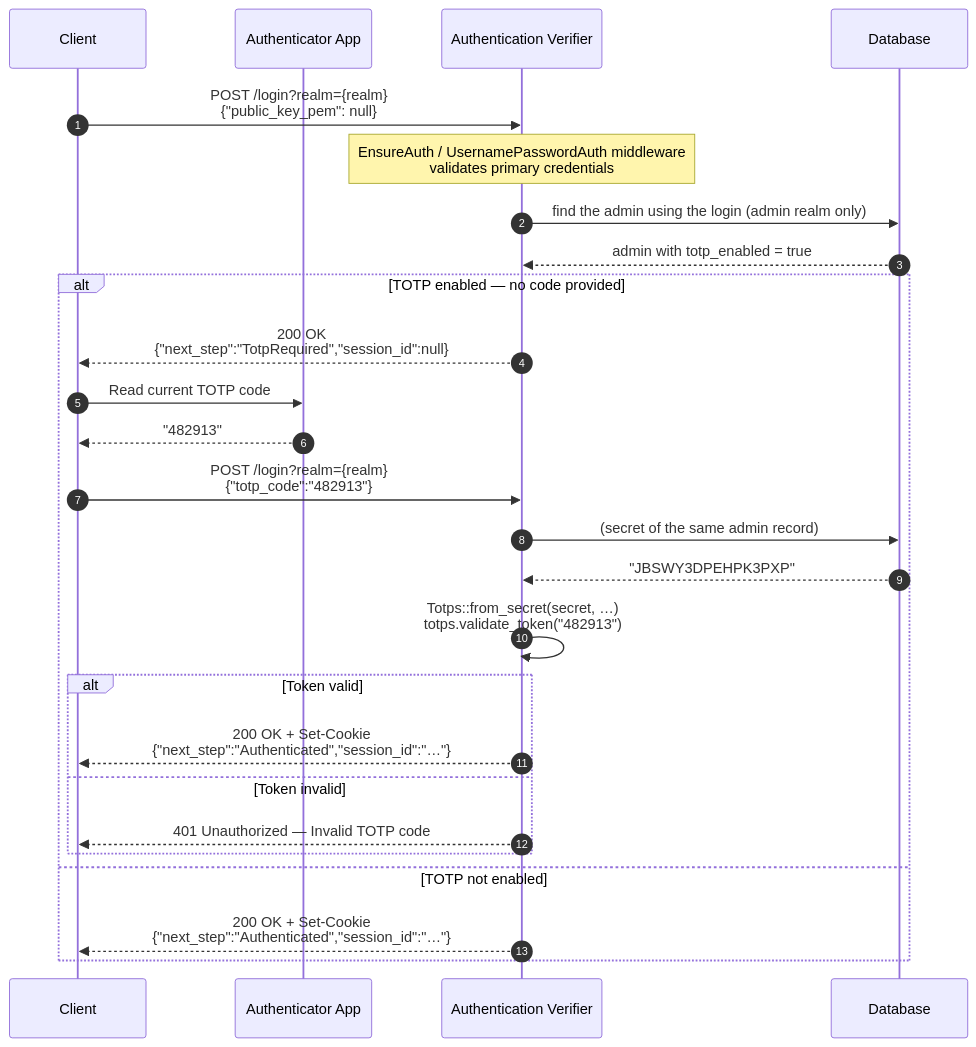
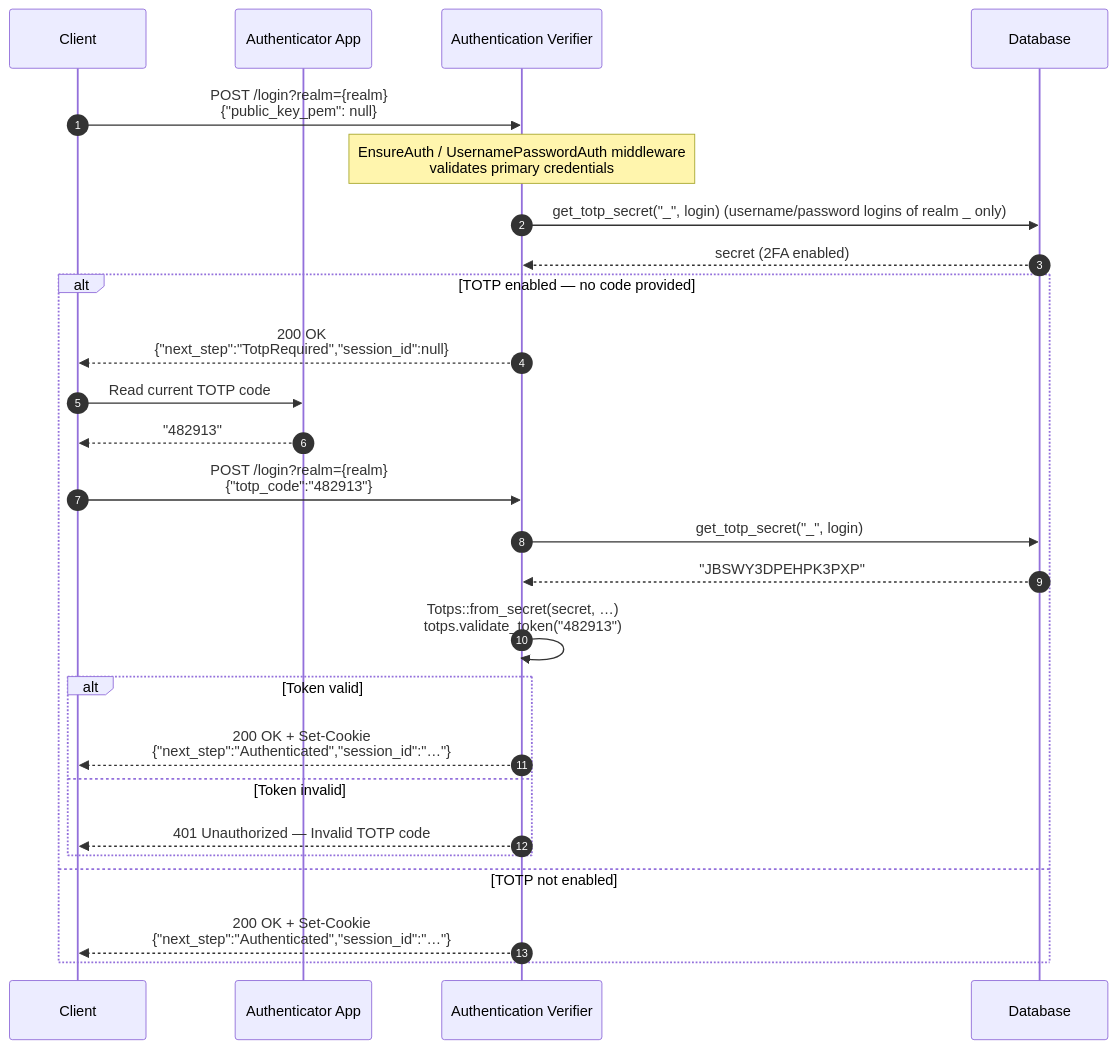
Before and after one commit to Cosmian/authentication: the second of 3 diagrams in server/documentation/docs/two_factor_authentication.md, drawn with Mermaid. The commit also changed other lines of this file and 5 other files, not shown here.

Commit message:
docs: describe 2FA stored on the admin login, its migration and the shared-login startup refusal

````diff
--- a/server/documentation/docs/two_factor_authentication.md
+++ b/server/documentation/docs/two_factor_authentication.md
@@ -140,31 +126,31 @@
 ```mermaid
 sequenceDiagram
     autonumber
     participant U as Client
     participant App as Authenticator App
     participant EA as Authentication Verifier
     participant DB as Database
 
     U->>EA: POST /login?realm={realm}<br/>{"public_key_pem": null}
     note over EA: EnsureAuth / UsernamePasswordAuth middleware<br/>validates primary credentials
-    EA->>DB: find the admin using the login (admin realm only)
-    DB-->>EA: admin with totp_enabled = true
+    EA->>DB: get_totp_secret("_", login) (username/password logins of realm _ only)
+    DB-->>EA: secret (2FA enabled)
 
     alt TOTP enabled — no code provided
         EA-->>U: 200 OK<br/>{"next_step":"TotpRequired","session_id":null}
         U->>App: Read current TOTP code
         App-->>U: "482913"
 
         U->>EA: POST /login?realm={realm}<br/>{"totp_code":"482913"}
-        EA->>DB: (secret of the same admin record)
+        EA->>DB: get_totp_secret("_", login)
         DB-->>EA: "JBSWY3DPEHPK3PXP"
         EA->>EA: Totps::from_secret(secret, …)<br/>totps.validate_token("482913")
         alt Token valid
             EA-->>U: 200 OK + Set-Cookie<br/>{"next_step":"Authenticated","session_id":"…"}
         else Token invalid
             EA-->>U: 401 Unauthorized — Invalid TOTP code
         end
     else TOTP not enabled
         EA-->>U: 200 OK + Set-Cookie<br/>{"next_step":"Authenticated","session_id":"…"}
     end
 ```
````
